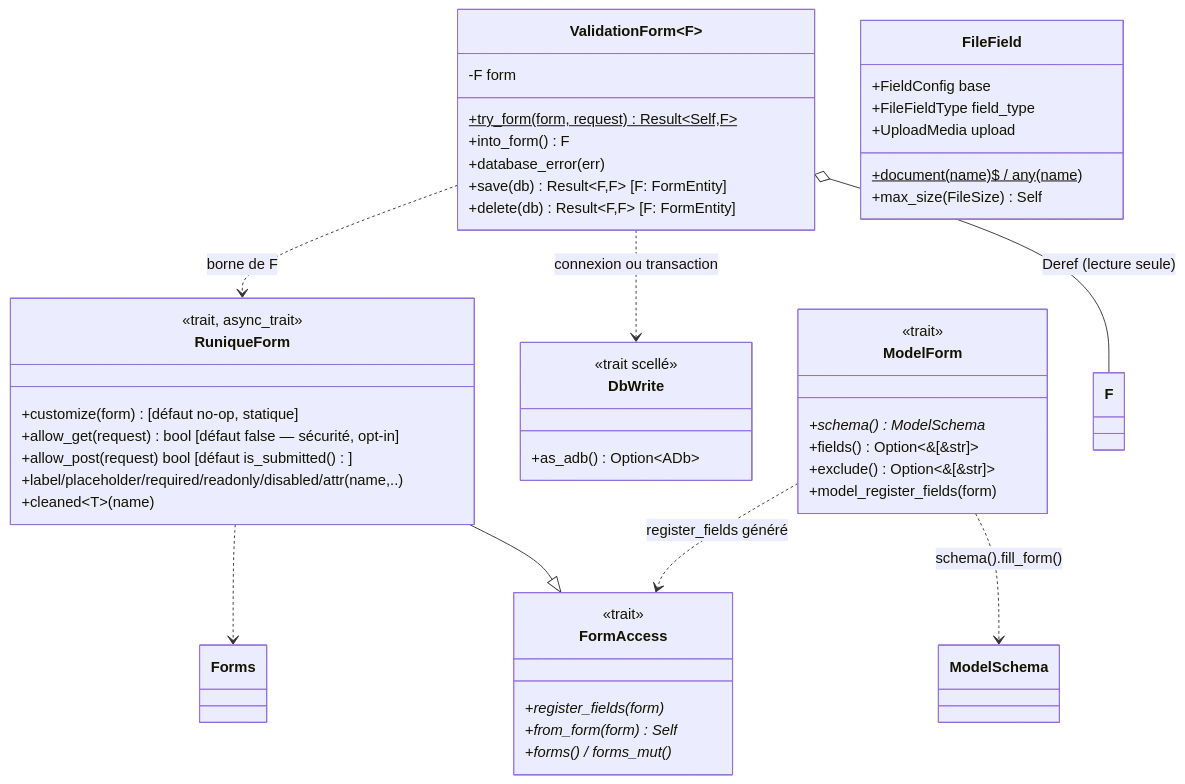
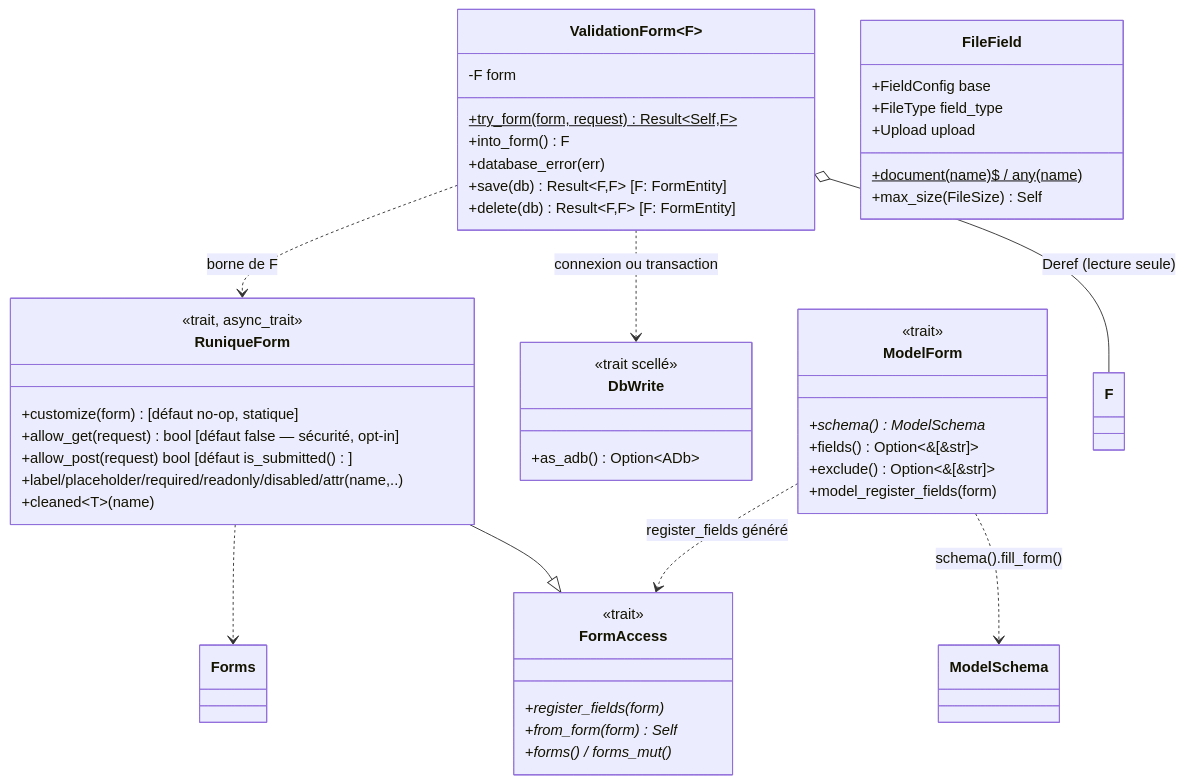
One commit to seb-alliot/runique changed the second of 2 diagrams in diagramme/uml/forms/formulaires.md. Above: the diagram before and after it, drawn with Mermaid. The commit also changed other lines of this file and 145 other files, not shown here.

````diff
--- a/diagramme/uml/forms/formulaires.md
+++ b/diagramme/uml/forms/formulaires.md
@@ -74,50 +74,50 @@
 ```mermaid
 classDiagram
     class FormAccess {
         <<trait>>
         +register_fields(form)*
         +from_form(form) Self*
         +forms() / forms_mut()*
     }
     class RuniqueForm {
         <<trait, async_trait>>
         +customize(form) [défaut no-op, statique]
         +allow_get(request) bool [défaut false — sécurité, opt-in]
         +allow_post(request) bool [défaut is_submitted()]
         +label/placeholder/required/readonly/disabled/attr(name,..)
         +cleaned~T~(name)
     }
     class ValidationForm~F~ {
         -F form
         +try_form(form, request)$ Result~Self,F~
         +into_form() F
         +database_error(err)
         +save(db) Result~F,F~ [F: FormEntity]
         +delete(db) Result~F,F~ [F: FormEntity]
     }
     class DbWrite {
         <<trait scellé>>
         +as_adb() Option~ADb~
     }
     class ModelForm {
         <<trait>>
         +schema() ModelSchema*
         +fields() Option~&[&str]~
         +exclude() Option~&[&str]~
         +model_register_fields(form)
     }
     class FileField {
         +FieldConfig base
-        +FileFieldType field_type
-        +UploadMedia upload
+        +FileType field_type
+        +Upload upload
         +document(name)$ / any(name)$
         +max_size(FileSize) Self
     }
     RuniqueForm ..> Forms
     ModelForm ..> ModelSchema : schema().fill_form()
     RuniqueForm --|> FormAccess
     ModelForm ..> FormAccess : register_fields généré
     ValidationForm~F~ ..> DbWrite : connexion ou transaction
     ValidationForm~F~ o-- F : Deref (lecture seule)
     ValidationForm~F~ ..> RuniqueForm : borne de F
 ```
````
